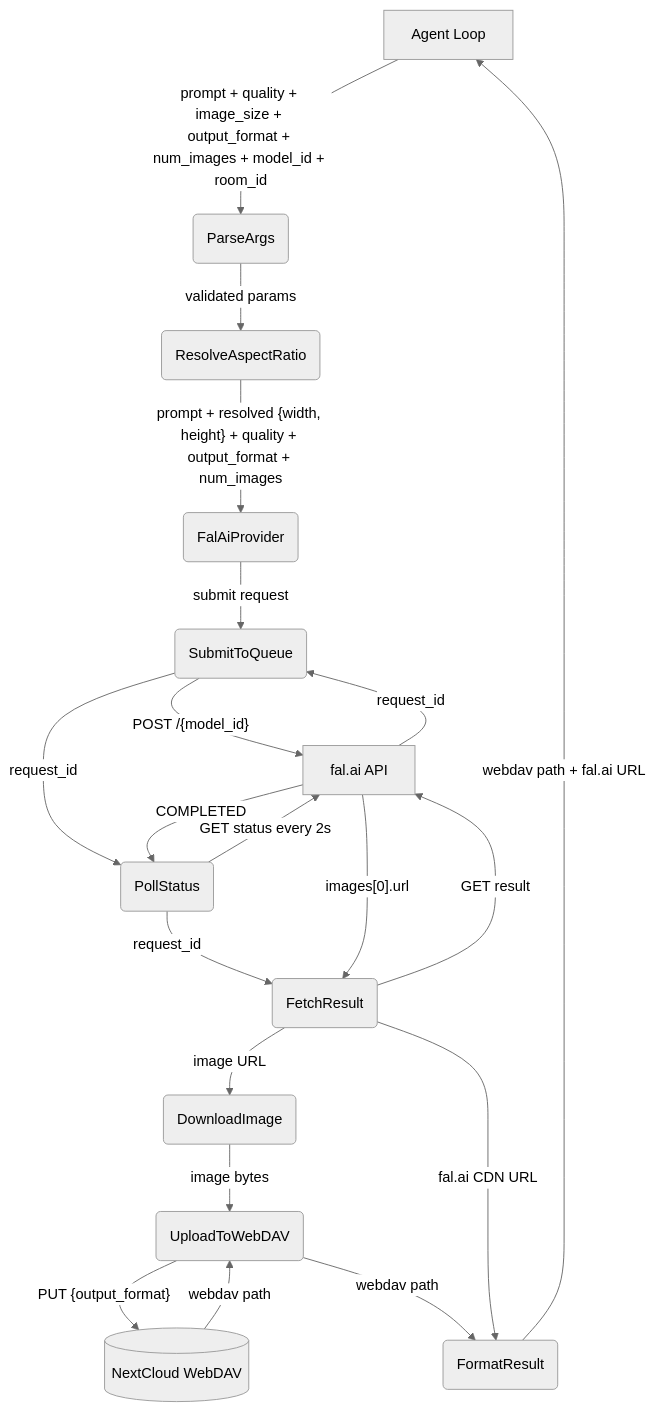
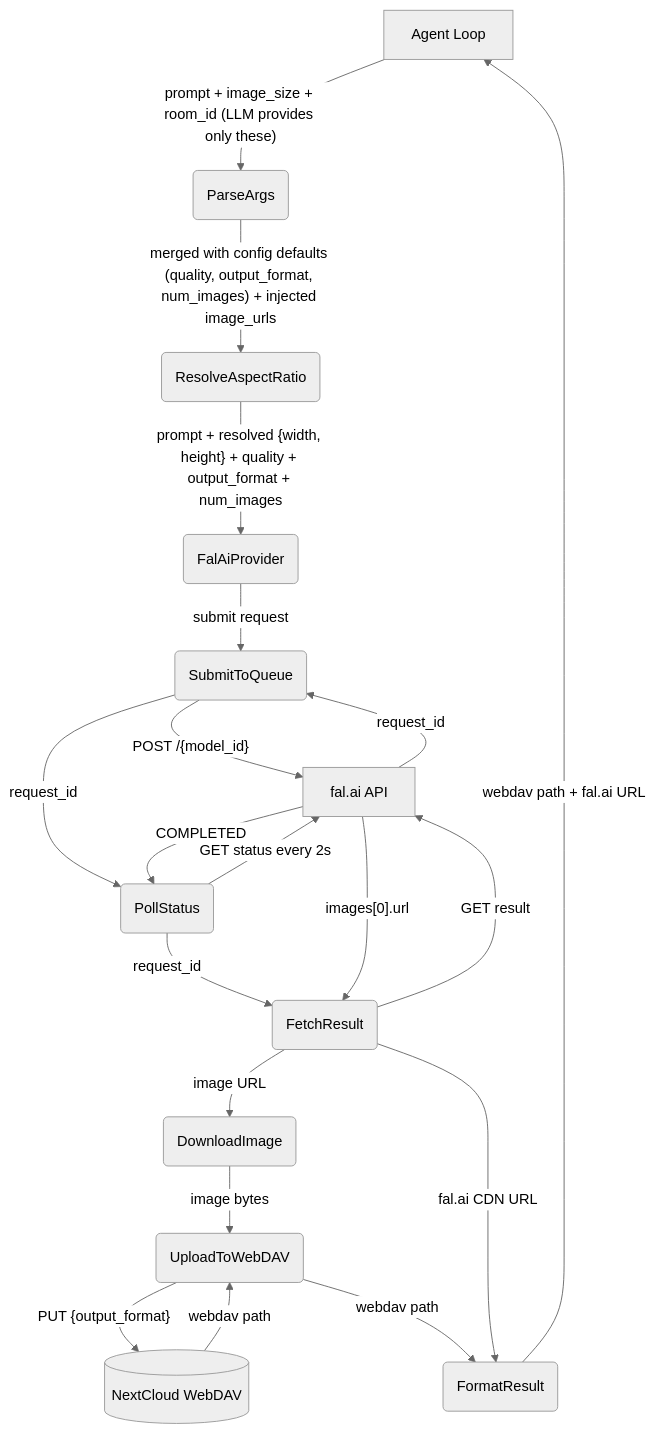
Before and after one commit to cosmoswafer/rockbot: the first of 2 diagrams in _dfds/tools/image-gen.md, drawn with Mermaid (neutral theme). The commit also changed other lines of this file and 8 other files, not shown here.

First line of the commit message:
fix: lock down image_gen parameters to config, add max_context_bytes limit

````diff
--- a/_dfds/tools/image-gen.md
+++ b/_dfds/tools/image-gen.md
@@ -26,35 +26,35 @@
 ```mermaid
 flowchart TD
     AGENT[Agent Loop]
     PARSE(ParseArgs)
     RESOLVE(ResolveAspectRatio)
     FAL(FalAiProvider)
     SUBMIT(SubmitToQueue)
     POLL(PollStatus)
     FETCH(FetchResult)
     DOWNLOAD(DownloadImage)
     UPLOAD(UploadToWebDAV)
     DAV[(NextCloud WebDAV)]
     FORMAT(FormatResult)
     FAL_API[fal.ai API]
 
-    AGENT -->|"prompt + quality + image_size + output_format + num_images + model_id + room_id"| PARSE
-    PARSE -->|"validated params"| RESOLVE
+    AGENT -->|"prompt + image_size + room_id (LLM provides only these)"| PARSE
+    PARSE -->|"merged with config defaults (quality, output_format, num_images) + injected image_urls"| RESOLVE
     RESOLVE -->|"prompt + resolved {width, height} + quality + output_format + num_images"| FAL
     FAL -->|"submit request"| SUBMIT
     SUBMIT -->|"POST /{model_id}"| FAL_API
     FAL_API -->|"request_id"| SUBMIT
     SUBMIT -->|"request_id"| POLL
     POLL -->|"GET status every 2s"| FAL_API
     FAL_API -->|"COMPLETED"| POLL
     POLL -->|"request_id"| FETCH
     FETCH -->|"GET result"| FAL_API
     FAL_API -->|"images[0].url"| FETCH
     FETCH -->|"image URL"| DOWNLOAD
     DOWNLOAD -->|"image bytes"| UPLOAD
     UPLOAD -->|"PUT {output_format}"| DAV
     DAV -->|"webdav path"| UPLOAD
     UPLOAD -->|"webdav path"| FORMAT
     FETCH -->|"fal.ai CDN URL"| FORMAT
     FORMAT -->|"webdav path + fal.ai URL"| AGENT
 ```
````
